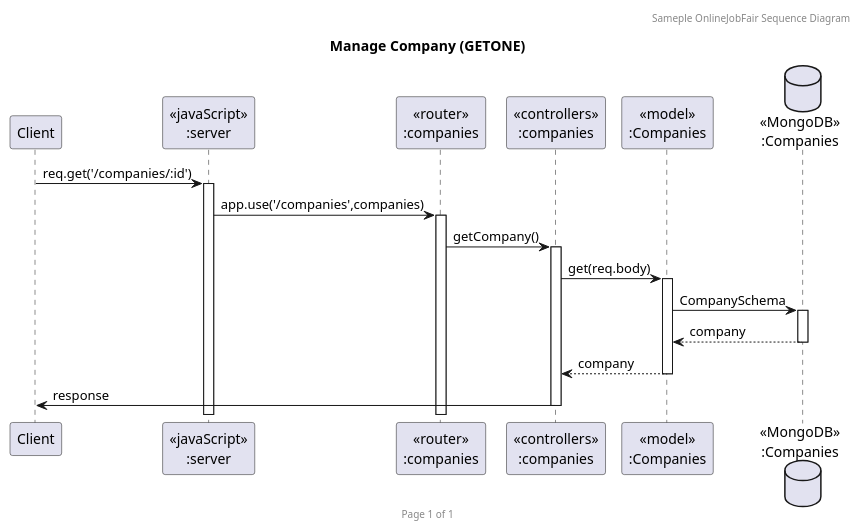
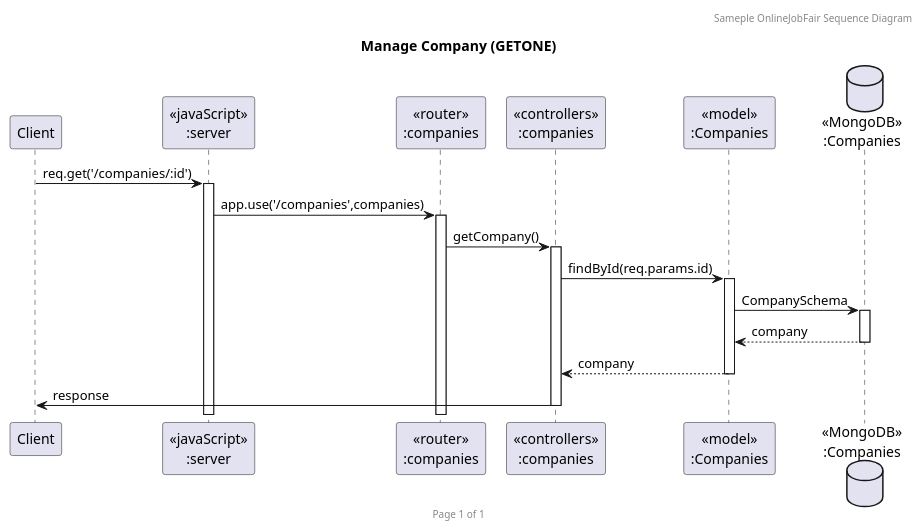
Before and after one commit to 2110503TACEDT66/presentation-day-1-madumeawteehongraomai: the diagram in plantuml/getcompany.puml, drawn with PlantUML. The commit also changed 29 other files, not shown here.

```diff
--- a/plantuml/getcompany.puml
+++ b/plantuml/getcompany.puml
@@ -1,23 +1,23 @@
 @startuml Manage Companies (GETONE)
 
 header Sameple OnlineJobFair Sequence Diagram
 footer Page %page% of %lastpage%
 title "Manage Company (GETONE)"
 
 participant "Client" as client
 participant "<<javaScript>>\n:server" as server
 participant "<<router>>\n:companies" as routerCompany
 participant "<<controllers>>\n:companies" as controllersCompany
 participant "<<model>>\n:Companies" as modelCompany
 database "<<MongoDB>>\n:Companies" as CompanyDatabase
 
 client->server ++:req.get('/companies/:id')
 server->routerCompany ++:app.use('/companies',companies)
 routerCompany -> controllersCompany ++:getCompany()
-controllersCompany->modelCompany ++:get(req.body)
+controllersCompany->modelCompany ++:findById(req.params.id)
 modelCompany ->CompanyDatabase ++: CompanySchema
 CompanyDatabase --> modelCompany --: company
 controllersCompany <-- modelCompany --:company
 controllersCompany->client --:response
 
 @enduml
```
